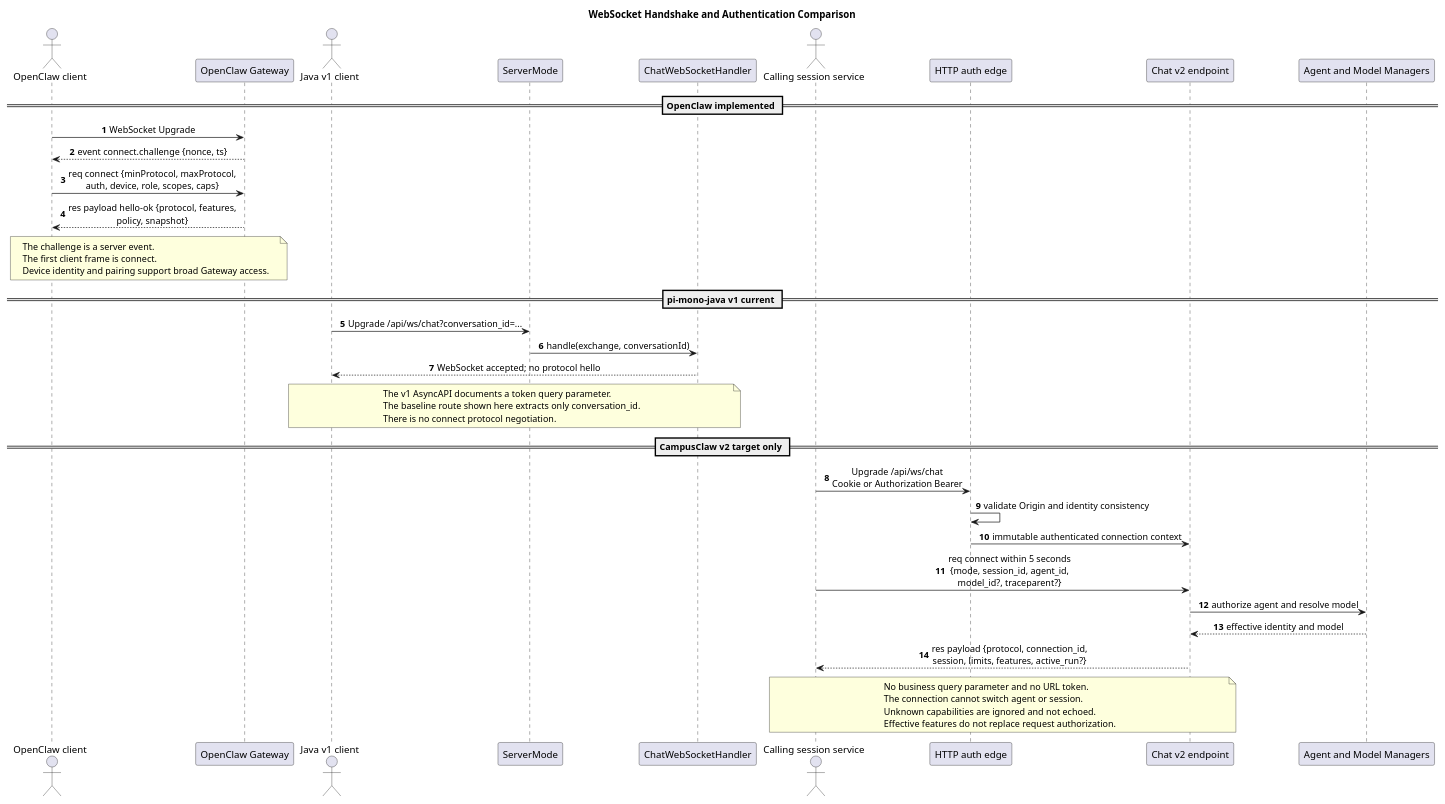
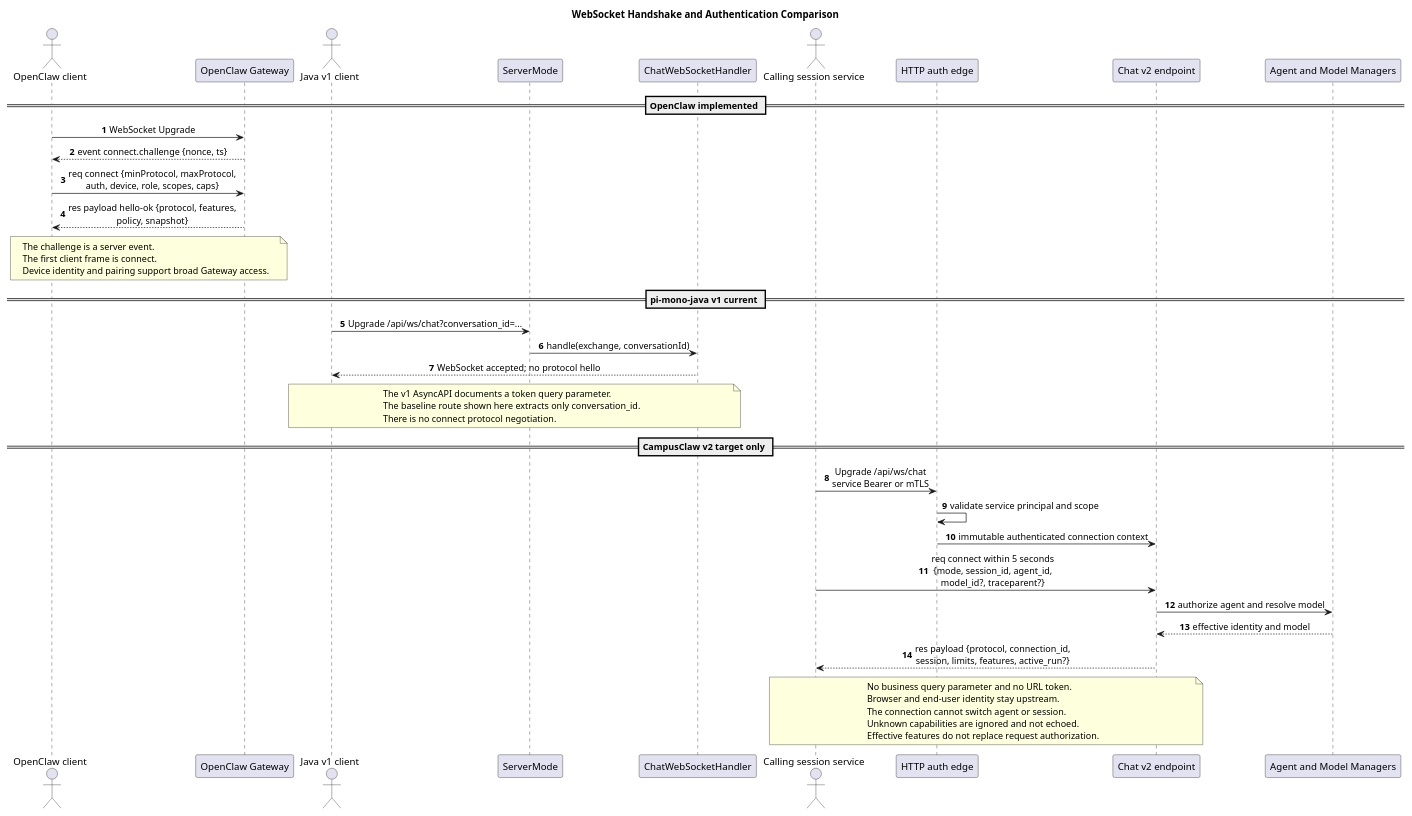
The second of 4 diagrams in openclaw-campusclaw-websocket-comparison/diagram.puml (superheromeZzh/pi-mono-java-design), drawn with PlantUML before and after one commit. The commit also changed other lines of this file and 14 other files, not shown here.

```diff
--- a/openclaw-campusclaw-websocket-comparison/diagram.puml
+++ b/openclaw-campusclaw-websocket-comparison/diagram.puml
@@ -87,68 +89,70 @@
 @startuml websocket_handshake_comparison
 title WebSocket Handshake and Authentication Comparison
 
 ' OpenClaw baseline: b015925bc30f6a8363f290b07d5f8588e21422b8, Gateway Protocol v4
 ' Source: docs/gateway/protocol.md (Handshake, authentication, protocol versioning)
 ' Source: docs/gateway/clients.md (scopes, pairing, capabilities)
 ' Source: packages/gateway-protocol/src/schema/frames.ts (ConnectParamsSchema, HelloOkSchema)
 ' pi-mono-java baseline: 1f7a5423219edfa4519d8719f1cc8a188ed72873
 ' Source: modules/coding-agent-cli/src/main/java/com/campusclaw/codingagent/mode/server/ServerMode.java (configureRoutes)
 ' Source: docs/asyncapi/chat-ws.yaml (query parameters and v1 messages)
 ' Target source: pi-mono-java-manager-driven-multi-agent-runtime/chat-ws-v2.asyncapi.yaml
 ' Observed behavior: OpenClaw emits a challenge before the first client connect Request Frame.
 ' Current Java behavior: the route reads conversation_id and creates or resumes a session immediately.
 ' Target design: CampusClaw authenticates the Upgrade and then requires connect within five seconds.
-' Design reason: enterprise credentials stay in transport authentication and never enter chat payloads.
+' Target design: the Runtime authenticates only the calling service, not the end user.
+' Design reason: service credentials stay in transport authentication and never enter chat payloads.
 
 skinparam backgroundColor #FFFFFF
 skinparam shadowing false
 skinparam sequenceMessageAlign center
 skinparam defaultFontName Arial
 autonumber
 
 actor "OpenClaw client" as OC
 participant "OpenClaw Gateway" as OG
 actor "Java v1 client" as JV1C
 participant "ServerMode" as SM
 participant "ChatWebSocketHandler" as CWH
 actor "Calling session service" as CC
 participant "HTTP auth edge" as EDGE
 participant "Chat v2 endpoint" as V2
 participant "Agent and Model Managers" as MGR
 
 == OpenClaw implemented ==
 OC -> OG : WebSocket Upgrade
 OG --> OC : event connect.challenge {nonce, ts}
 OC -> OG : req connect {minProtocol, maxProtocol,\nauth, device, role, scopes, caps}
 OG --> OC : res payload hello-ok {protocol, features,\npolicy, snapshot}
 note over OC,OG
 The challenge is a server event.
 The first client frame is connect.
 Device identity and pairing support broad Gateway access.
 end note
 
 == pi-mono-java v1 current ==
 JV1C -> SM : Upgrade /api/ws/chat?conversation_id=...
 SM -> CWH : handle(exchange, conversationId)
 CWH --> JV1C : WebSocket accepted; no protocol hello
 note over JV1C,CWH
 The v1 AsyncAPI documents a token query parameter.
 The baseline route shown here extracts only conversation_id.
 There is no connect protocol negotiation.
 end note
 
 == CampusClaw v2 target only ==
-CC -> EDGE : Upgrade /api/ws/chat\nCookie or Authorization Bearer
-EDGE -> EDGE : validate Origin and identity consistency
+CC -> EDGE : Upgrade /api/ws/chat\nservice Bearer or mTLS
+EDGE -> EDGE : validate service principal and scope
 EDGE -> V2 : immutable authenticated connection context
 CC -> V2 : req connect within 5 seconds\n{mode, session_id, agent_id,\nmodel_id?, traceparent?}
 V2 -> MGR : authorize agent and resolve model
 MGR --> V2 : effective identity and model
 V2 --> CC : res payload {protocol, connection_id,\nsession, limits, features, active_run?}
 note over CC,V2
 No business query parameter and no URL token.
+Browser and end-user identity stay upstream.
 The connection cannot switch agent or session.
 Unknown capabilities are ignored and not echoed.
 Effective features do not replace request authorization.
 end note
 @enduml
```
